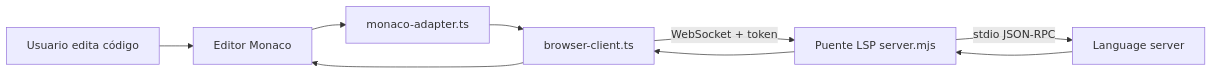
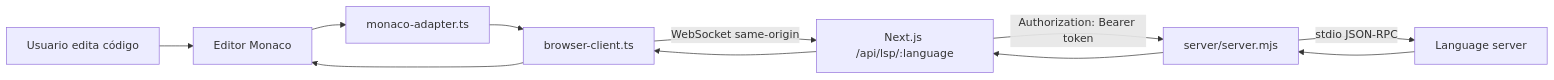
Before and after one commit to OnlineJudgeBo/patito-ide-lsp-server: the first of 2 diagrams in README.es.md, drawn with Mermaid. The commit also changed other lines of this file and 2 other files, not shown here.

````diff
--- a/README.es.md
+++ b/README.es.md
@@ -25,11 +33,10 @@
 ```mermaid
 flowchart LR
   User[Usuario edita código] --> Monaco[Editor Monaco]
   Monaco --> Adapter[monaco-adapter.ts]
   Adapter --> Client[browser-client.ts]
-  Client -->|WebSocket + token| Bridge[Puente LSP server.mjs]
+  Client -->|WebSocket same-origin| Proxy[Next.js /api/lsp/:language]
+  Proxy -->|Authorization: Bearer token| Bridge[server/server.mjs]
   Bridge -->|stdio JSON-RPC| Server[Language server]
-  Server --> Bridge
-  Bridge --> Client
-  Client --> Monaco
+  Server --> Bridge --> Proxy --> Client --> Monaco
 ```
````
